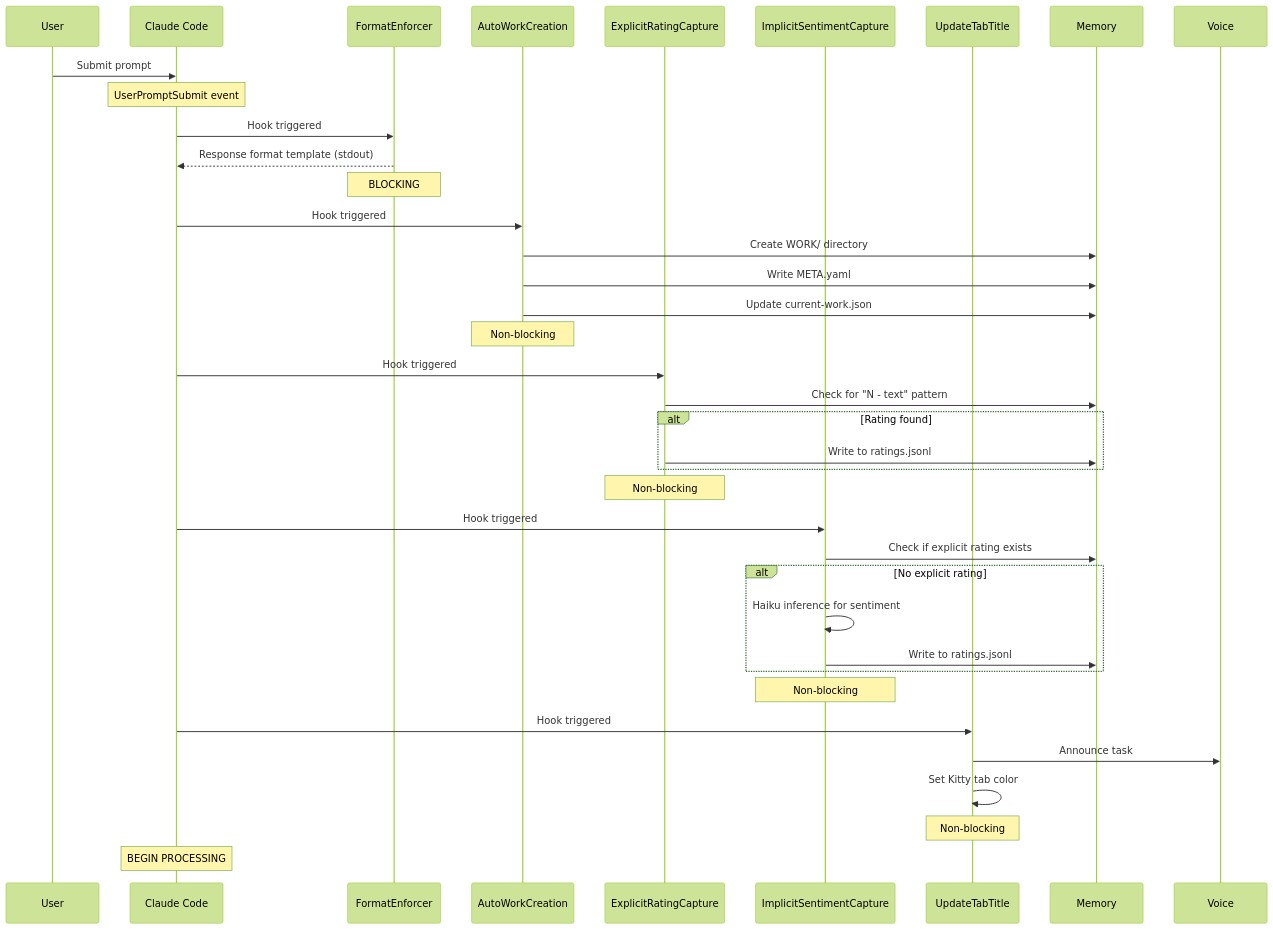
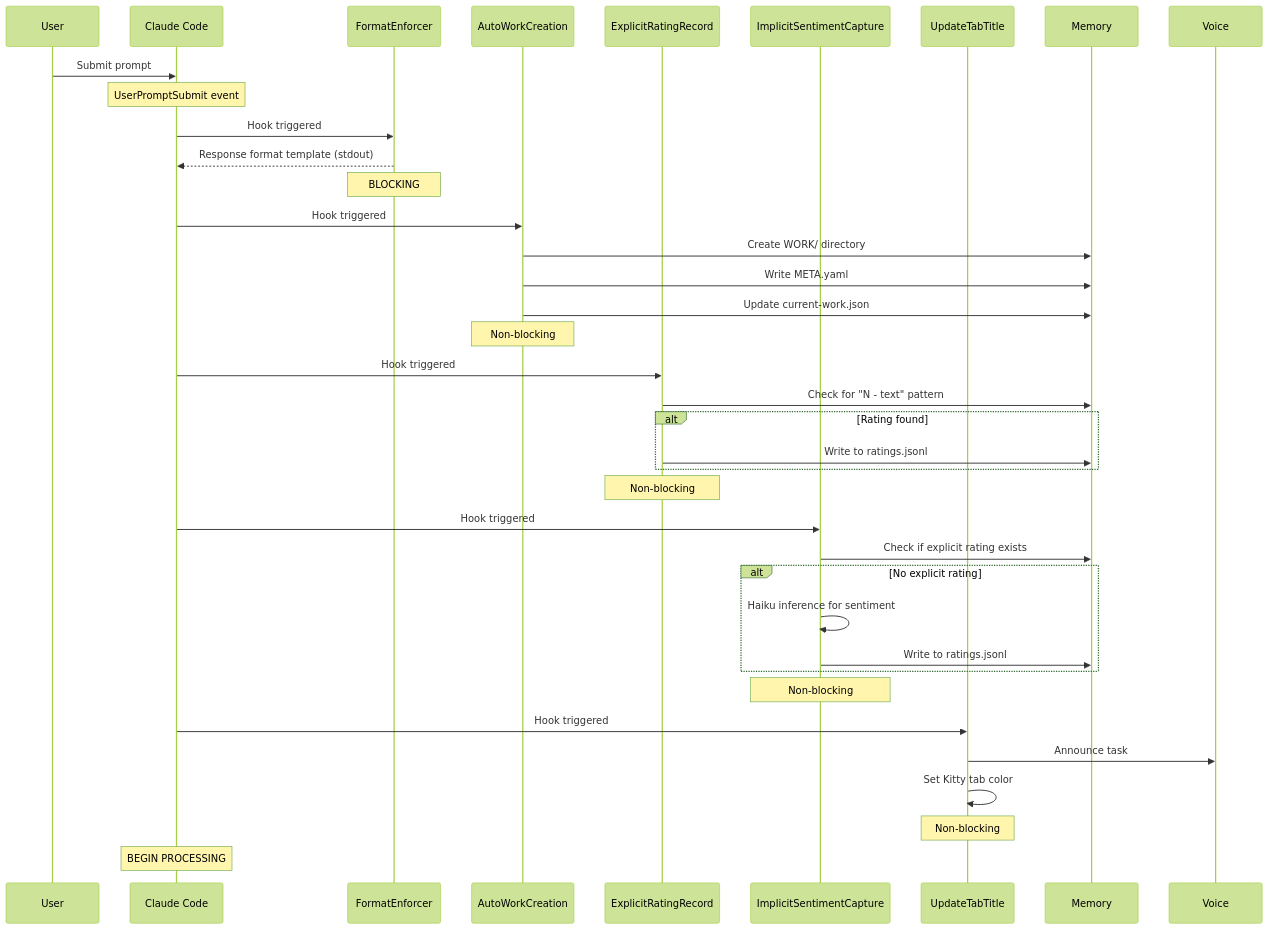
The second of 5 diagrams in skills/Content/SystemFlowchart/Workflows/SessionLifecycle.md (jstilb/ai-assistant), drawn with Mermaid (forest theme) before and after one commit. The commit also changed other lines of this file and 9 other files, not shown here.

Commit message:
feat(SystemFlowchart): sync 10 files

````diff
--- a/skills/Content/SystemFlowchart/Workflows/SessionLifecycle.md
+++ b/skills/Content/SystemFlowchart/Workflows/SessionLifecycle.md
@@ -118,47 +118,47 @@
 ```mermaid
 sequenceDiagram
     participant U as User
     participant CC as Claude Code
     participant FE as FormatEnforcer
     participant AWC as AutoWorkCreation
-    participant ERC as ExplicitRatingCapture
+    participant ERC as ExplicitRatingRecord
     participant ISC as ImplicitSentimentCapture
     participant UTT as UpdateTabTitle
     participant M as Memory
     participant V as Voice
 
     U->>CC: Submit prompt
     Note over CC: UserPromptSubmit event
 
     CC->>FE: Hook triggered
     FE-->>CC: Response format template (stdout)
     Note over FE: BLOCKING
 
     CC->>AWC: Hook triggered
     AWC->>M: Create WORK/ directory
     AWC->>M: Write META.yaml
     AWC->>M: Update current-work.json
     Note over AWC: Non-blocking
 
     CC->>ERC: Hook triggered
     ERC->>M: Check for "N - text" pattern
     alt Rating found
         ERC->>M: Write to ratings.jsonl
     end
     Note over ERC: Non-blocking
 
     CC->>ISC: Hook triggered
     ISC->>M: Check if explicit rating exists
     alt No explicit rating
         ISC->>ISC: Haiku inference for sentiment
         ISC->>M: Write to ratings.jsonl
     end
     Note over ISC: Non-blocking
 
     CC->>UTT: Hook triggered
     UTT->>V: Announce task
     UTT->>UTT: Set Kitty tab color
     Note over UTT: Non-blocking
 
     Note over CC: BEGIN PROCESSING
 ```
````
